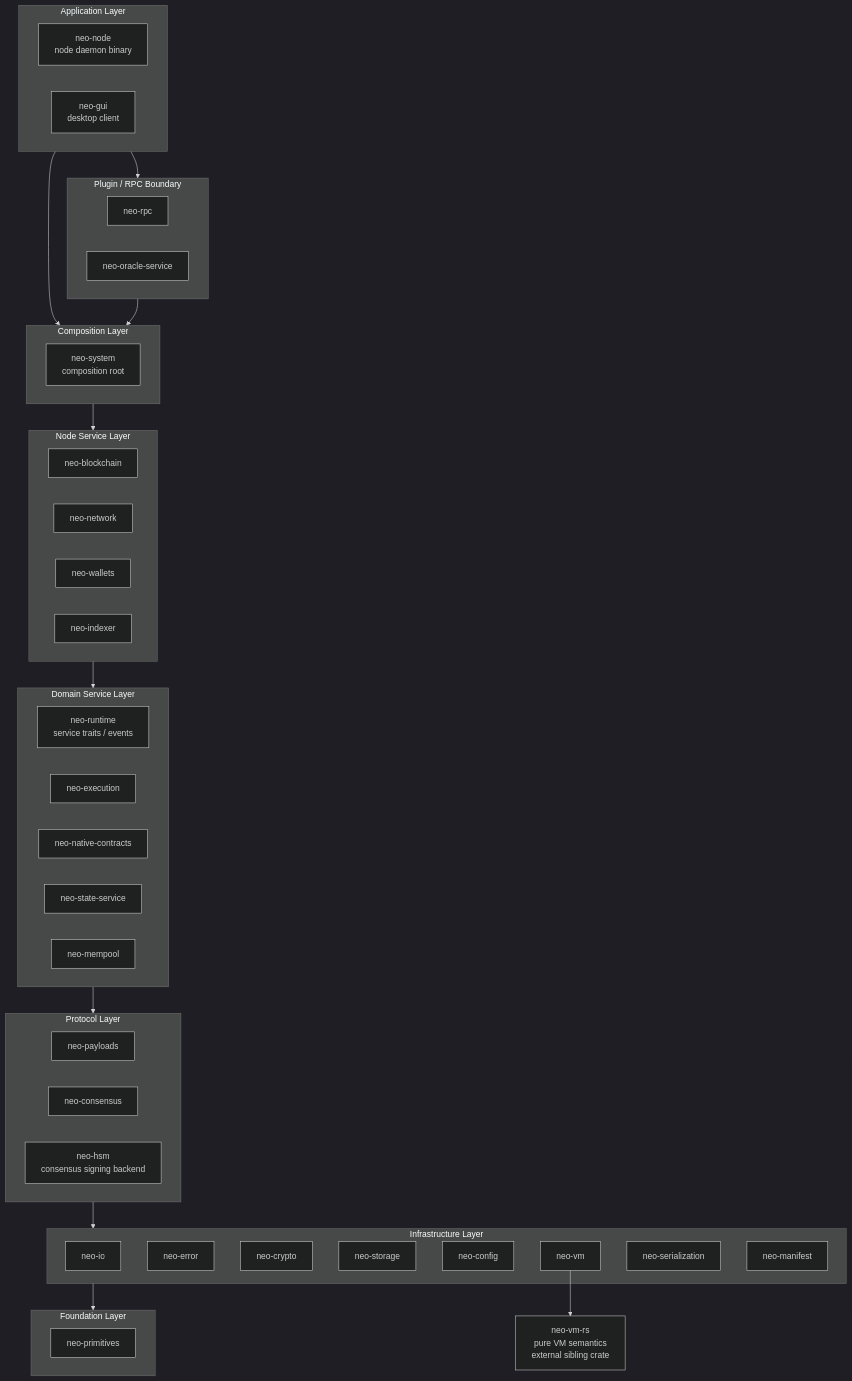
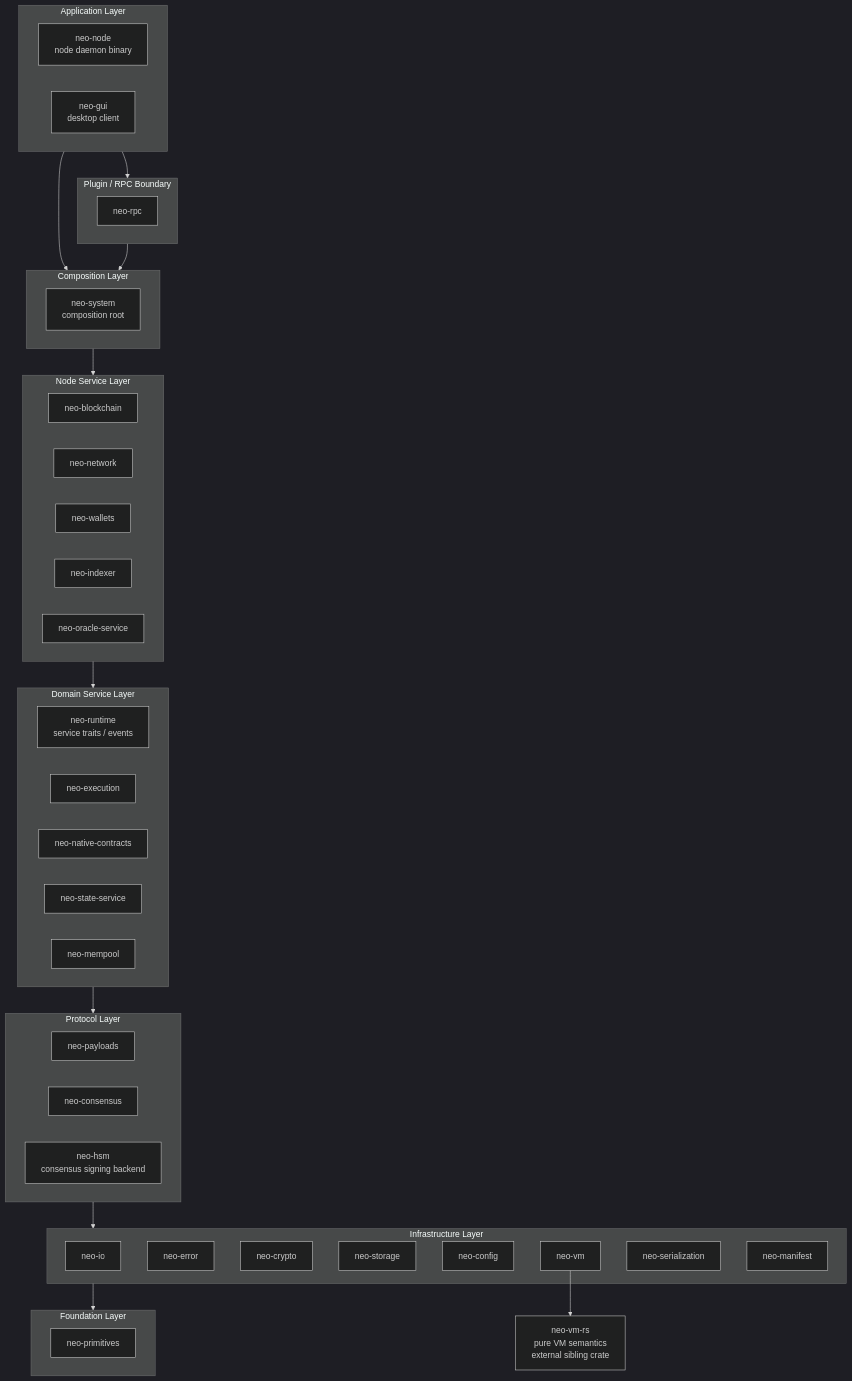
Before and after one commit to r3e-network/neo-rs: the diagram in docs/architecture.md, drawn with Mermaid (dark theme). The commit also changed other lines of this file and 658 other files, not shown here.

````diff
--- a/docs/architecture.md
+++ b/docs/architecture.md
@@ -24,64 +25,64 @@
 ```mermaid
 flowchart TD
     subgraph APP["Application Layer"]
         node[neo-node<br/>node daemon binary]
         gui[neo-gui<br/>desktop client]
     end
 
     subgraph PLUG["Plugin / RPC Boundary"]
         rpc[neo-rpc]
-        oracle[neo-oracle-service]
     end
 
     subgraph COMP["Composition Layer"]
         system[neo-system<br/>composition root]
     end
 
     subgraph SVC["Node Service Layer"]
         blockchain[neo-blockchain]
         network[neo-network]
         wallets[neo-wallets]
         indexer[neo-indexer]
+        oracle[neo-oracle-service]
     end
 
     subgraph DOM["Domain Service Layer"]
         runtime[neo-runtime<br/>service traits / events]
         execution[neo-execution]
         natives[neo-native-contracts]
         state[neo-state-service]
         mempool[neo-mempool]
     end
 
     subgraph PROTO["Protocol Layer"]
         payloads[neo-payloads]
         consensus[neo-consensus]
         hsm[neo-hsm<br/>consensus signing backend]
     end
 
     subgraph INF["Infrastructure Layer"]
         io[neo-io]
         error[neo-error]
         crypto[neo-crypto]
         storage[neo-storage]
         config[neo-config]
         vm[neo-vm]
         serialization[neo-serialization]
         manifest[neo-manifest]
     end
 
     subgraph FND["Foundation Layer"]
         primitives[neo-primitives]
     end
 
     extvm[neo-vm-rs<br/>pure VM semantics<br/>external sibling crate]
 
     APP --> PLUG
     APP --> COMP
     PLUG --> COMP
     COMP --> SVC
     SVC --> DOM
     DOM --> PROTO
     PROTO --> INF
     INF --> FND
     vm --> extvm
 ```
````
